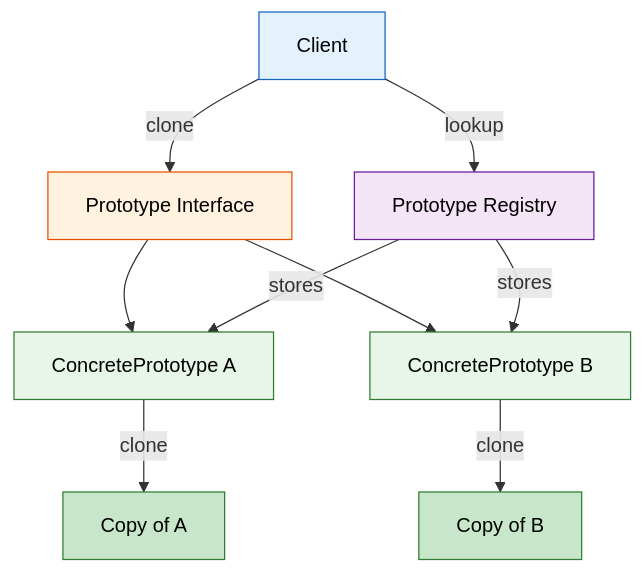
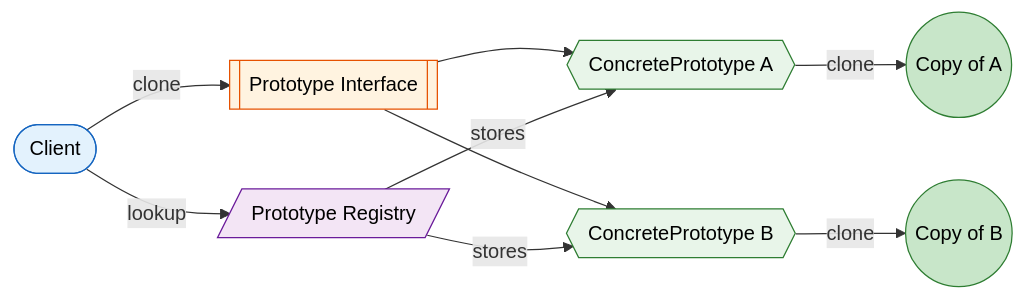
Before and after one commit to saivamsikaruturi/vamsilabs-dev-notes-main: the second of 3 diagrams in docs/designpatterns/creationalDesignPatterns/PrototypeDesignPattern.md, drawn with Mermaid. The commit also changed other lines of this file and 146 other files, not shown here.

Commit message:
Horizontal diagrams, UML class diagrams, typography overhaul, and permalink cleanup

````diff
--- a/docs/designpatterns/creationalDesignPatterns/PrototypeDesignPattern.md
+++ b/docs/designpatterns/creationalDesignPatterns/PrototypeDesignPattern.md
@@ -28,20 +28,20 @@
 ```mermaid
-flowchart TD
-    A[Client] -->|clone| B[Prototype Interface]
-    B --> C[ConcretePrototype A]
-    B --> D[ConcretePrototype B]
-    C -->|clone| E[Copy of A]
-    D -->|clone| F[Copy of B]
+flowchart LR
+    A(["Client"]) -->|clone| B[["Prototype Interface"]]
+    B --> C{{"ConcretePrototype A"}}
+    B --> D{{"ConcretePrototype B"}}
+    C -->|clone| E(("Copy of A"))
+    D -->|clone| F(("Copy of B"))
     
-    G[Prototype Registry] -->|stores| C
+    G[/"Prototype Registry"/] -->|stores| C
     G -->|stores| D
     A -->|lookup| G
 
     style A fill:#E3F2FD,stroke:#1565C0,color:#000
     style B fill:#FFF3E0,stroke:#E65100,color:#000
     style C fill:#E8F5E9,stroke:#2E7D32,color:#000
     style D fill:#E8F5E9,stroke:#2E7D32,color:#000
     style E fill:#C8E6C9,stroke:#2E7D32,color:#000
     style F fill:#C8E6C9,stroke:#2E7D32,color:#000
     style G fill:#F3E5F5,stroke:#6A1B9A,color:#000
 ```
````
